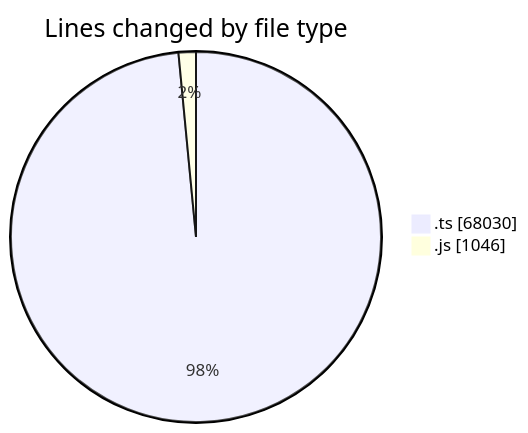
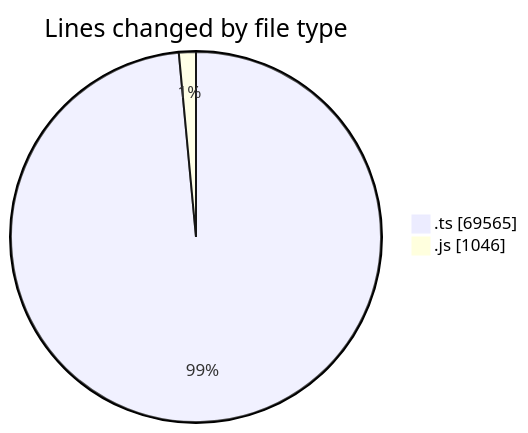
One commit to momahboobian/code-tracking changed the first of 2 diagrams in 2025-09-29/cda/README.md. Above: the diagram before and after it, drawn with Mermaid. The commit also changed other lines of this file and 1 other file, not shown here.

````diff
--- a/2025-09-29/cda/README.md
+++ b/2025-09-29/cda/README.md
@@ -28,6 +29,6 @@
 ```mermaid
 pie showData
 title Lines changed by file type
-".ts" : 68030
+".ts" : 69565
 ".js" : 1046
 ```
````
